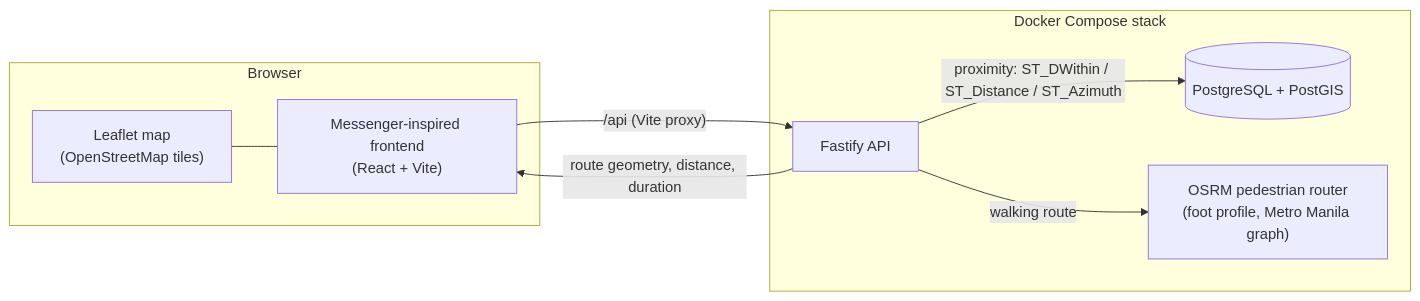
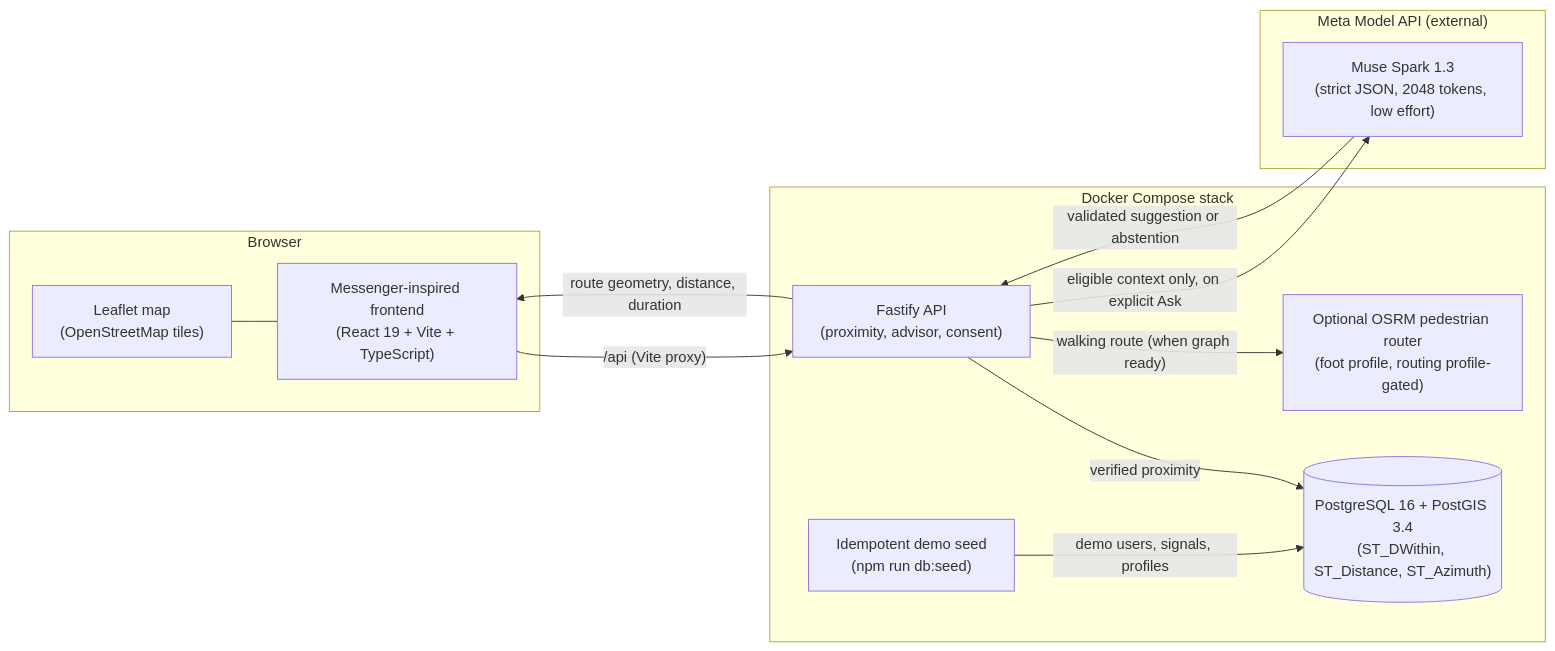
Before and after one commit to orq0/near-circle-friend: the third of 5 diagrams in README.md, drawn with Mermaid. The commit also changed other lines of this file, not shown here.

First line of the commit message:
docs(readme): judge-first restructure with journey showcase and honest diagrams

````diff
--- a/README.md
+++ b/README.md
@@ -107,17 +205,24 @@
 ```mermaid
 flowchart LR
     subgraph Client["Browser"]
-        UI["Messenger-inspired frontend<br/>(React + Vite)"]
+        UI["Messenger-inspired frontend<br/>(React 19 + Vite + TypeScript)"]
         MAP["Leaflet map<br/>(OpenStreetMap tiles)"]
     end
     subgraph Services["Docker Compose stack"]
-        API["Fastify API"]
-        DB[("PostgreSQL + PostGIS")]
-        OSRM["OSRM pedestrian router<br/>(foot profile, Metro Manila graph)"]
+        API["Fastify API<br/>(proximity, advisor, consent)"]
+        DB[("PostgreSQL 16 + PostGIS 3.4<br/>(ST_DWithin, ST_Distance, ST_Azimuth)")]
+        OSRM["Optional OSRM pedestrian router<br/>(foot profile, routing profile-gated)"]
+        SEED["Idempotent demo seed<br/>(npm run db:seed)"]
+    end
+    subgraph Model["Meta Model API (external)"]
+        SPARK["Muse Spark 1.3<br/>(strict JSON, 2048 tokens, low effort)"]
     end
     UI -->|"/api (Vite proxy)"| API
-    API -->|"proximity: ST_DWithin / ST_Distance / ST_Azimuth"| DB
-    API -->|"walking route"| OSRM
+    API -->|"verified proximity"| DB
+    SEED -->|"demo users, signals, profiles"| DB
+    API -->|"walking route (when graph ready)"| OSRM
+    API -->|"eligible context only, on explicit Ask"| SPARK
+    SPARK -->|"validated suggestion or abstention"| API
     API -->|"route geometry, distance, duration"| UI
     MAP --- UI
 ```
````
